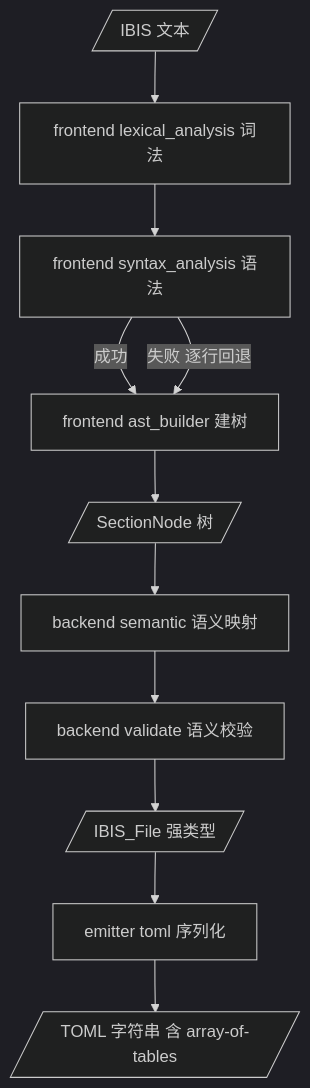
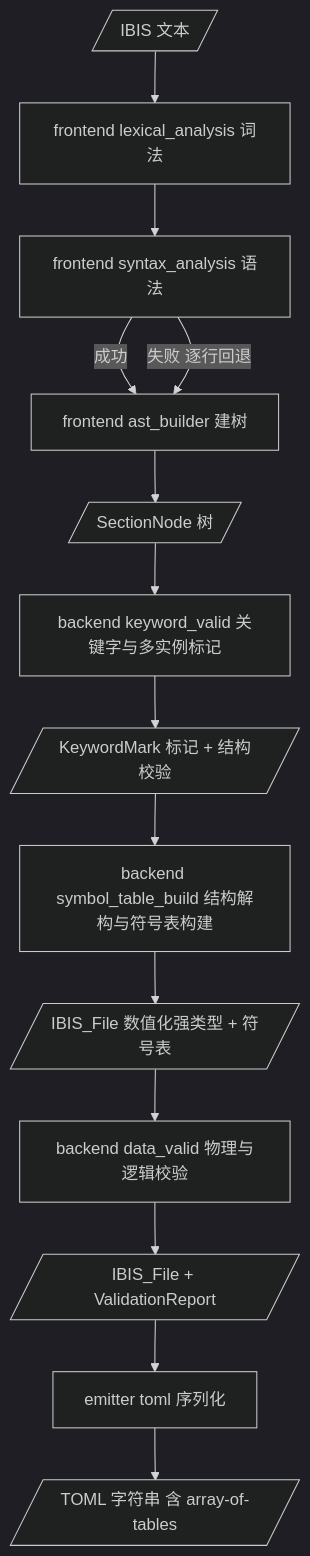
One commit to ykjoe/IBIS_Parser changed the third of 6 diagrams in plans/ibis2ibstoml_architecture.md. Above: the diagram before and after it, drawn with Mermaid (dark theme). The commit also changed other lines of this file and 36 other files, not shown here.

````diff
--- a/plans/ibis2ibstoml_architecture.md
+++ b/plans/ibis2ibstoml_architecture.md
@@ -180,13 +198,16 @@
 ```mermaid
 flowchart TD
     IN[/IBIS 文本/] --> LEX[frontend lexical_analysis 词法]
     LEX --> SYN[frontend syntax_analysis 语法]
     SYN -->|成功| AST[frontend ast_builder 建树]
     SYN -->|失败 逐行回退| AST
     AST --> TREE[/SectionNode 树/]
-    TREE --> SEM[backend semantic 语义映射]
-    SEM --> VAL[backend validate 语义校验]
-    VAL --> IBIS[/IBIS_File 强类型/]
-    IBIS --> TOM[emitter toml 序列化]
-    TOM --> OUT[/TOML 字符串 含 array-of-tables/]
+    TREE --> V1[backend keyword_valid 关键字与多实例标记]
+    V1 --> MARK[/KeywordMark 标记 + 结构校验/]
+    MARK --> V2[backend symbol_table_build 结构解构与符号表构建]
+    V2 --> IBIS[/IBIS_File 数值化强类型 + 符号表/]
+    IBIS --> V3[backend data_valid 物理与逻辑校验]
+    V3 --> OUT[/IBIS_File + ValidationReport/]
+    OUT --> TOM[emitter toml 序列化]
+    TOM --> OUTT[/TOML 字符串 含 array-of-tables/]
 ```
````
